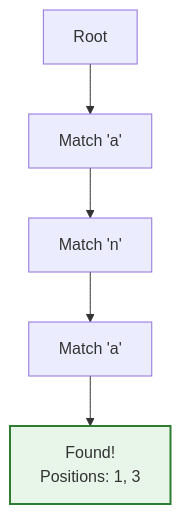
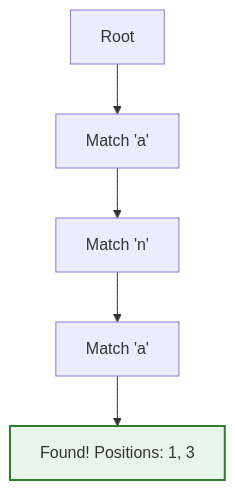
Before and after one commit to imyash0722/SEM3-DSA-UE25CS52A-STUDY-MATERIAL: the fourth of 4 diagrams in site/docs/unit4/theory/unit4_04_suffix_trees.md, drawn with Mermaid. The commit also changed other lines of this file and 113 other files, not shown here.

Commit message:
Fix Mermaid diagram syntax, dark mode readability, algorithmic visualizations, and update site build

````diff
--- a/site/docs/unit4/theory/unit4_04_suffix_trees.md
+++ b/site/docs/unit4/theory/unit4_04_suffix_trees.md
@@ -108,9 +121,9 @@
 ```mermaid
 graph TD
     Root[Root] --> Match1["Match 'a'"]
     Match1 --> Match2["Match 'n'"]
     Match2 --> Match3["Match 'a'"]
-    Match3 --> Found[Found!<br/>Positions: 1, 3]
+    Match3 --> Found["Found! Positions: 1, 3"]
     
     style Found fill:#e8f5e9,stroke:#2e7d32,stroke-width:2px
 ```
````
